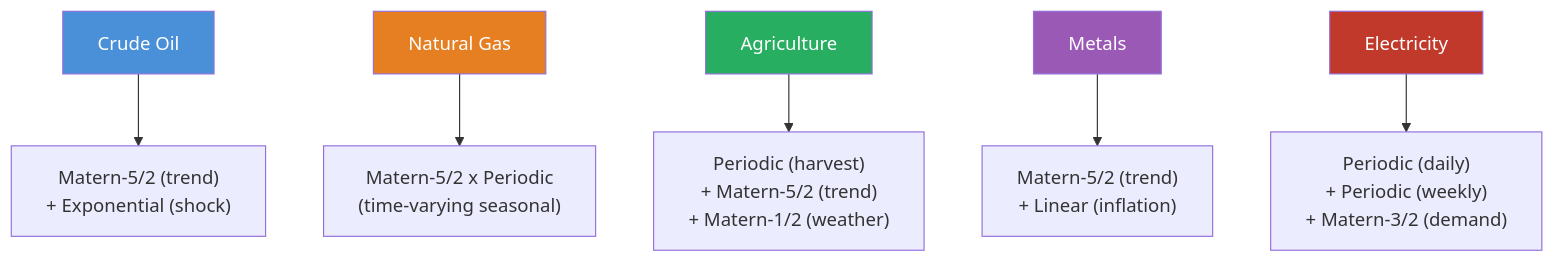
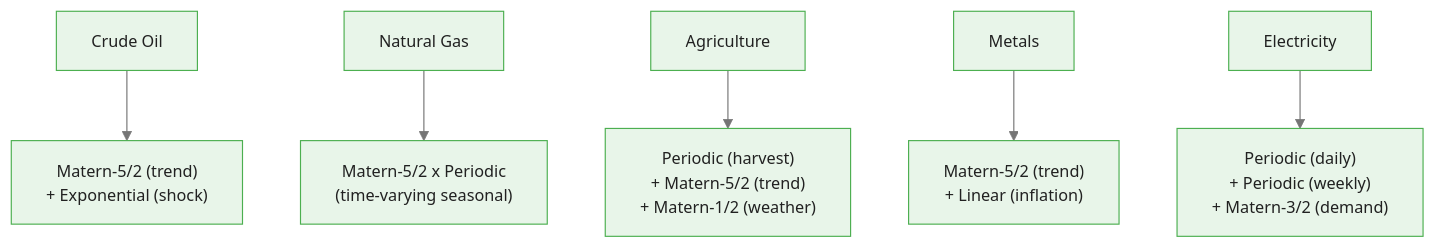
The fifth of 6 diagrams in courses/bayesian-commodity-forecasting/modules/module_05_gaussian_processes/guides/02_kernel_design_slides.md (m-deane/course-creator), drawn with Mermaid before and after one commit. The commit also changed other lines of this file and 104 other files, not shown here.

````diff
--- a/courses/bayesian-commodity-forecasting/modules/module_05_gaussian_processes/guides/02_kernel_design_slides.md
+++ b/courses/bayesian-commodity-forecasting/modules/module_05_gaussian_processes/guides/02_kernel_design_slides.md
@@ -329,13 +340,9 @@
 ```mermaid
+%%{init: {"theme": "base", "themeVariables": {"primaryColor": "#e8f5e9", "primaryBorderColor": "#4caf50", "primaryTextColor": "#212121", "secondaryColor": "#e3f2fd", "tertiaryColor": "#fff8e1", "lineColor": "#757575", "fontFamily": "Inter, sans-serif", "fontSize": "14px"}}}%%
 flowchart TD
     CRUDE["Crude Oil"] --> K1["Matern-5/2 (trend)\n+ Exponential (shock)"]
     GAS["Natural Gas"] --> K2["Matern-5/2 x Periodic\n(time-varying seasonal)"]
     CORN["Agriculture"] --> K3["Periodic (harvest)\n+ Matern-5/2 (trend)\n+ Matern-1/2 (weather)"]
     METALS["Metals"] --> K4["Matern-5/2 (trend)\n+ Linear (inflation)"]
     ELEC["Electricity"] --> K5["Periodic (daily)\n+ Periodic (weekly)\n+ Matern-3/2 (demand)"]
-    style CRUDE fill:#4a90d9,color:#fff
-    style GAS fill:#e67e22,color:#fff
-    style CORN fill:#27ae60,color:#fff
-    style METALS fill:#9b59b6,color:#fff
-    style ELEC fill:#c0392b,color:#fff
 ```
````
